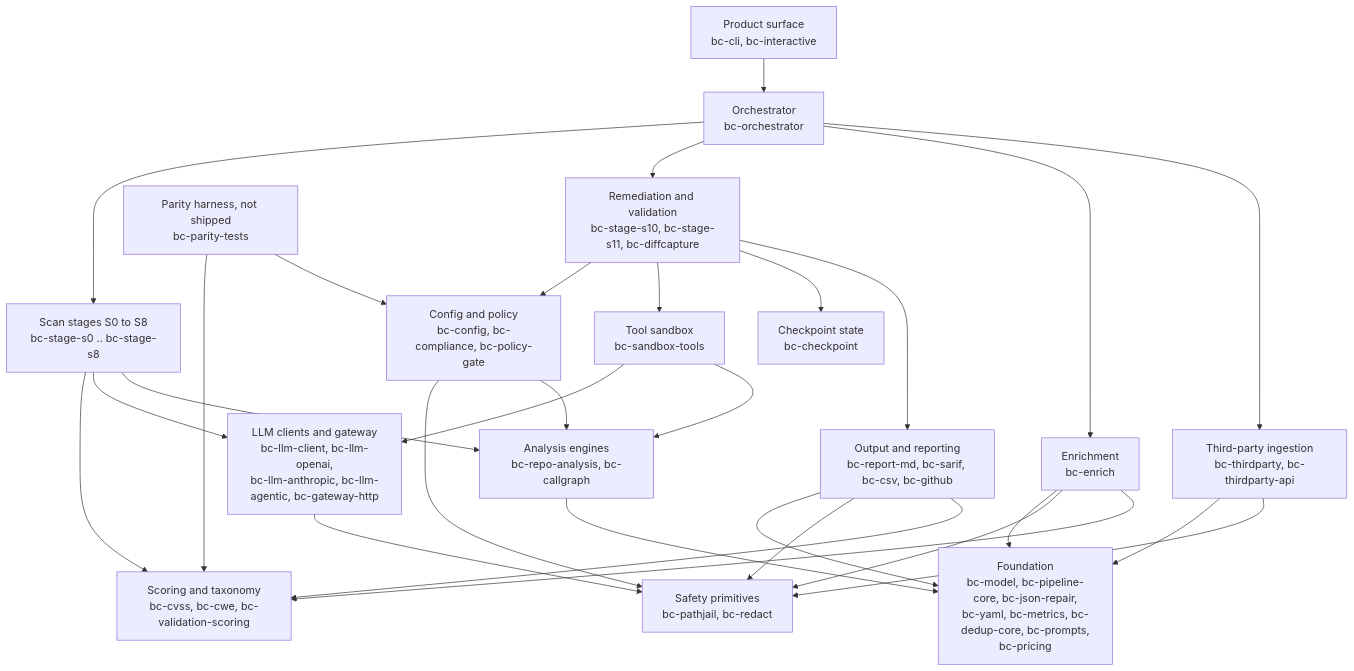
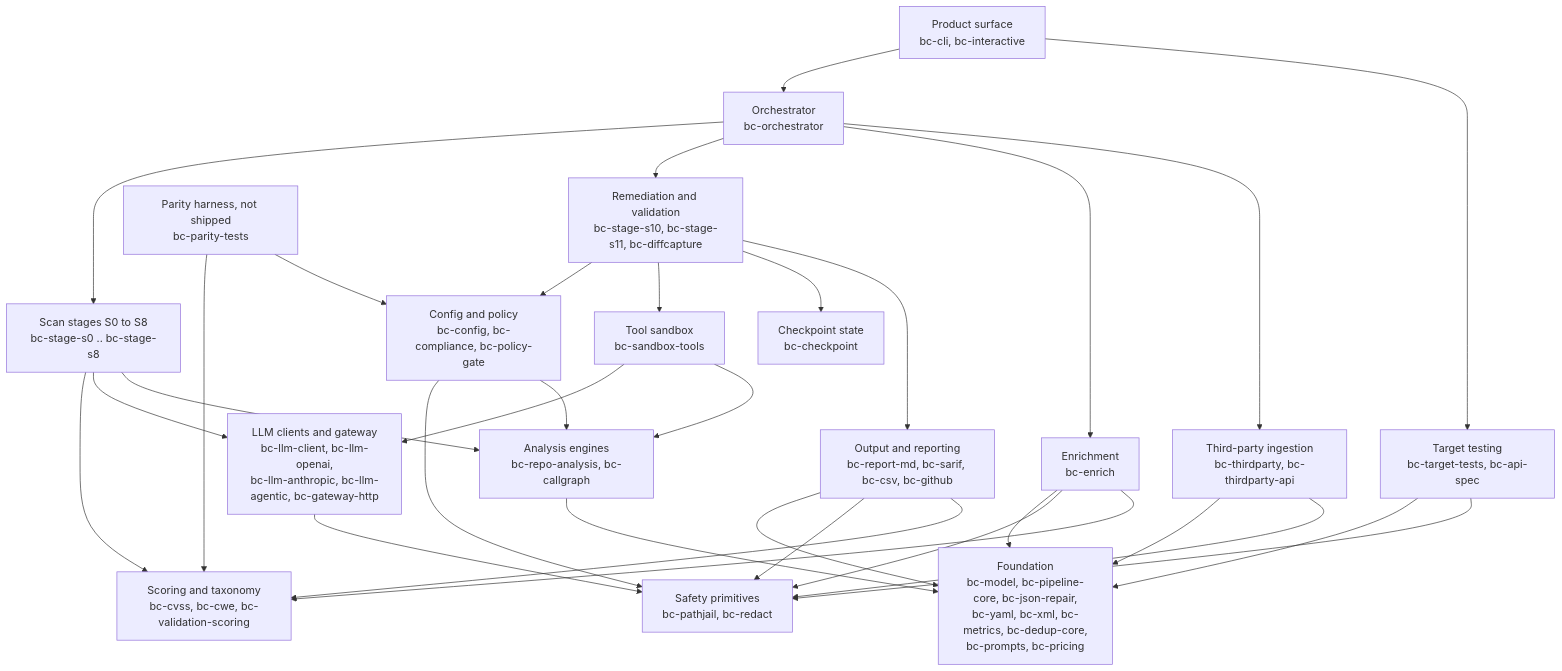
One commit to BinChicken-AppSec/bc-sast changed the diagram in docs/diagrams/crate-map.md. Above: the diagram before and after it, drawn with Mermaid. The commit also changed other lines of this file and 402 other files, not shown here.

````diff
--- a/docs/diagrams/crate-map.md
+++ b/docs/diagrams/crate-map.md
@@ -16,48 +16,52 @@
 ```mermaid
 flowchart TD
     O["Product surface<br/>bc-cli, bc-interactive"]
+    Q["Target testing<br/>bc-target-tests, bc-api-spec"]
     N["Orchestrator<br/>bc-orchestrator"]
     I["Remediation and validation<br/>bc-stage-s10, bc-stage-s11, bc-diffcapture"]
     H["Scan stages S0 to S8<br/>bc-stage-s0 .. bc-stage-s8"]
     M["Third-party ingestion<br/>bc-thirdparty, bc-thirdparty-api"]
     K["Enrichment<br/>bc-enrich"]
     L["Output and reporting<br/>bc-report-md, bc-sarif, bc-csv, bc-github"]
     F["Tool sandbox<br/>bc-sandbox-tools"]
     D["Config and policy<br/>bc-config, bc-compliance, bc-policy-gate"]
     E["LLM clients and gateway<br/>bc-llm-client, bc-llm-openai,<br/>bc-llm-anthropic, bc-llm-agentic, bc-gateway-http"]
     G["Analysis engines<br/>bc-repo-analysis, bc-callgraph"]
     J["Checkpoint state<br/>bc-checkpoint"]
     C["Scoring and taxonomy<br/>bc-cvss, bc-cwe, bc-validation-scoring"]
     B["Safety primitives<br/>bc-pathjail, bc-redact"]
-    A["Foundation<br/>bc-model, bc-pipeline-core, bc-json-repair,<br/>bc-yaml, bc-metrics, bc-dedup-core, bc-prompts,<br/>bc-pricing"]
+    A["Foundation<br/>bc-model, bc-pipeline-core, bc-json-repair,<br/>bc-yaml, bc-xml, bc-metrics, bc-dedup-core,<br/>bc-prompts, bc-pricing"]
     P["Parity harness, not shipped<br/>bc-parity-tests"]
 
     O --> N
+    O --> Q
+    Q --> A
+    Q --> B
     N --> H
     N --> I
     N --> K
     N --> M
     I --> D
     I --> F
     I --> J
     I --> L
     H --> C
     H --> E
     H --> G
     M --> A
     M --> B
     K --> A
     K --> B
     K --> C
     L --> A
     L --> B
     L --> C
     F --> E
     F --> G
     D --> B
     D --> G
     E --> B
     G --> A
     P --> C
     P --> D
 ```
````
